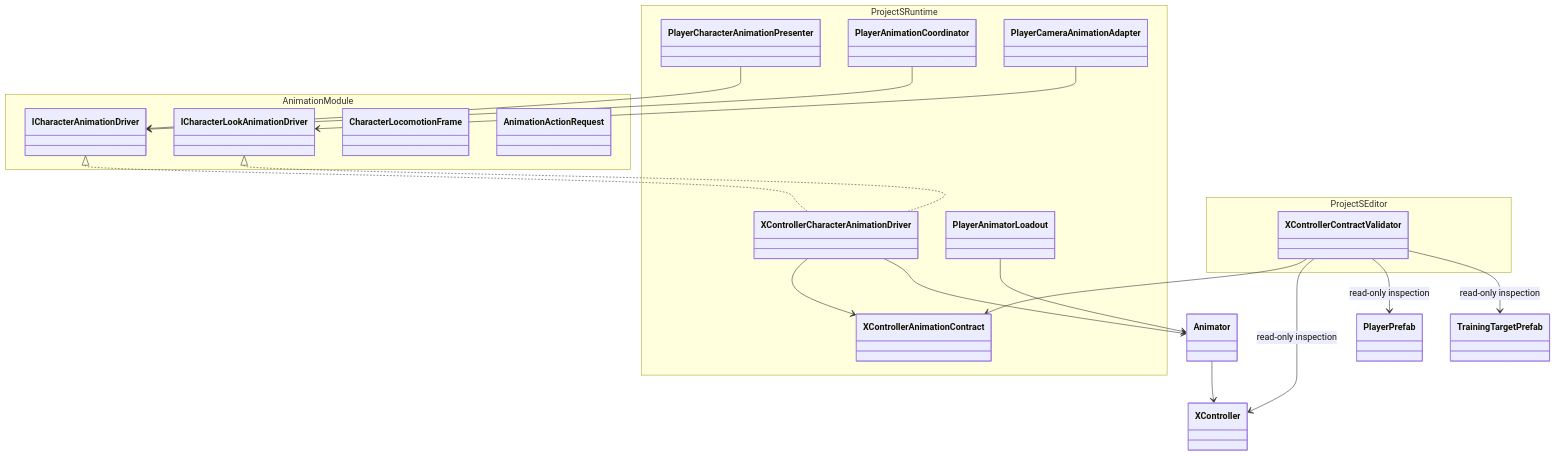
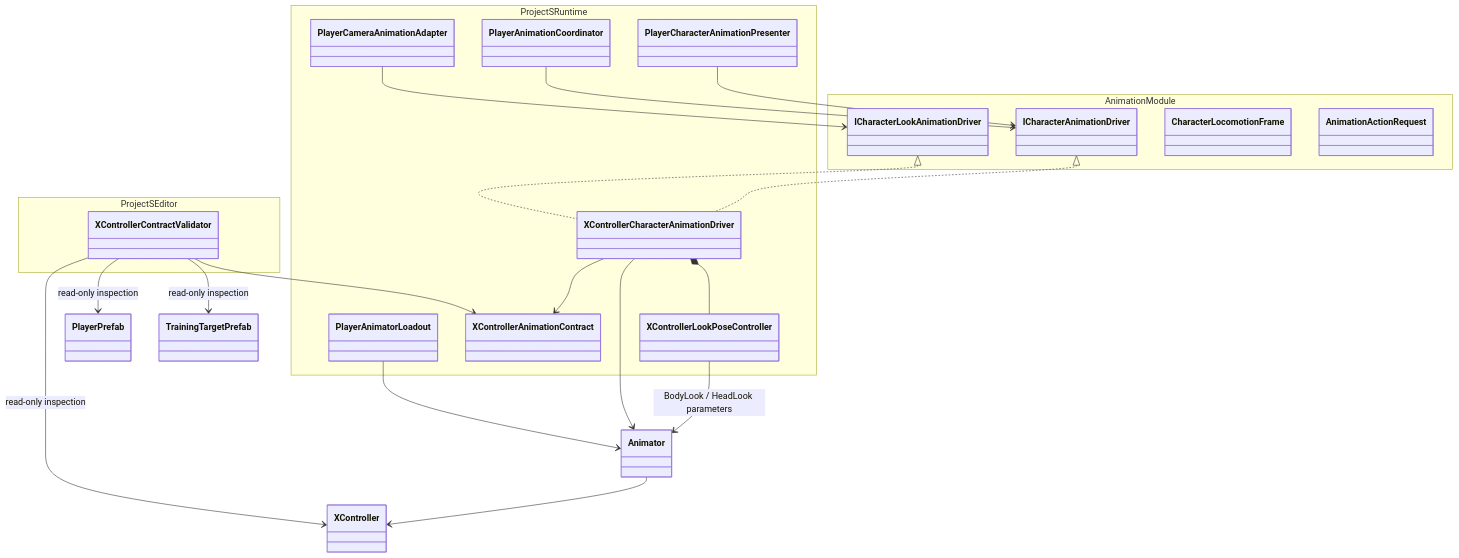
Before and after one commit to MaximFonariuc/project-s: the first of 2 diagrams in Docs/Animation/CharacterAnimationCore.md, drawn with Mermaid. The commit also changed other lines of this file and 4 other files, not shown here.

Commit message:
refactor(animation): isolate look pose ownership

````diff
--- a/Docs/Animation/CharacterAnimationCore.md
+++ b/Docs/Animation/CharacterAnimationCore.md
@@ -27,41 +27,44 @@
 ```mermaid
 classDiagram
     namespace AnimationModule {
         class ICharacterAnimationDriver
         class ICharacterLookAnimationDriver
         class CharacterLocomotionFrame
         class AnimationActionRequest
     }
 
     namespace ProjectSRuntime {
         class PlayerCharacterAnimationPresenter
         class PlayerAnimationCoordinator
         class PlayerCameraAnimationAdapter
         class XControllerCharacterAnimationDriver
+        class XControllerLookPoseController
         class XControllerAnimationContract
         class PlayerAnimatorLoadout
     }
 
     namespace ProjectSEditor {
         class XControllerContractValidator
     }
 
     class Animator
     class XController
     class PlayerPrefab
     class TrainingTargetPrefab
 
     PlayerCharacterAnimationPresenter --> ICharacterAnimationDriver
     PlayerAnimationCoordinator --> ICharacterAnimationDriver
     PlayerCameraAnimationAdapter --> ICharacterLookAnimationDriver
     ICharacterAnimationDriver <|.. XControllerCharacterAnimationDriver
     ICharacterLookAnimationDriver <|.. XControllerCharacterAnimationDriver
     XControllerCharacterAnimationDriver --> XControllerAnimationContract
+    XControllerCharacterAnimationDriver *-- XControllerLookPoseController
+    XControllerLookPoseController --> Animator : BodyLook / HeadLook parameters
     XControllerCharacterAnimationDriver --> Animator
     Animator --> XController
     PlayerAnimatorLoadout --> Animator
     XControllerContractValidator --> XControllerAnimationContract
     XControllerContractValidator --> XController : read-only inspection
     XControllerContractValidator --> PlayerPrefab : read-only inspection
     XControllerContractValidator --> TrainingTargetPrefab : read-only inspection
 ```
````
